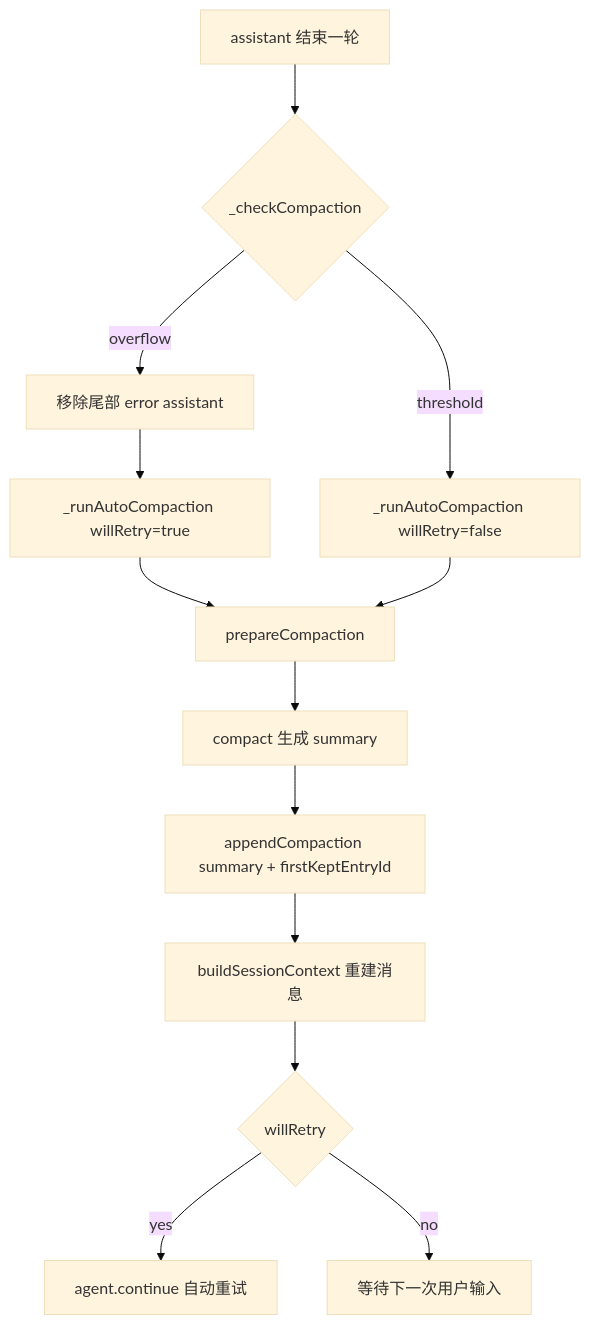
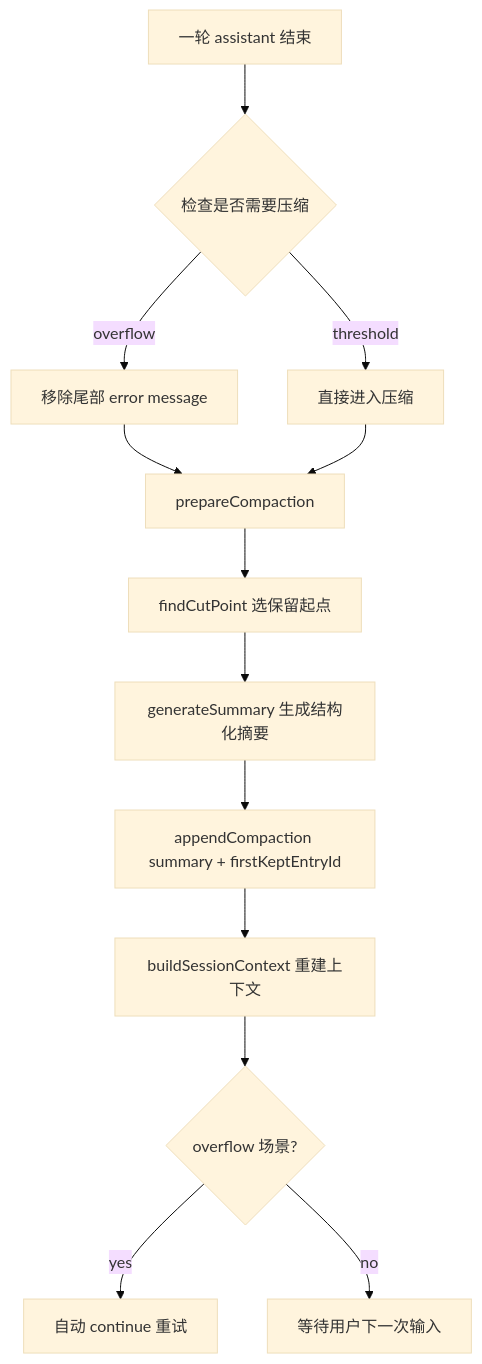
One commit to parkgogogo/blogs-md changed the diagram in docs/clawbot/pi-mono 上下文压缩源码级拆解.md. Above: the diagram before and after it, drawn with Mermaid (base theme). The commit also changed other lines of this file, not shown here.

Commit message:
docs: rewrite pi compaction deep dive for readability and teaching flow

````diff
--- a/docs/clawbot/pi-mono 上下文压缩源码级拆解.md
+++ b/docs/clawbot/pi-mono 上下文压缩源码级拆解.md
@@ -34,15 +27,15 @@
 ```mermaid
 flowchart TD
-  A[assistant 结束一轮] --> B{_checkCompaction}
-  B -->|overflow| C[移除尾部 error assistant]
-  C --> D[_runAutoCompaction willRetry=true]
-  B -->|threshold| E[_runAutoCompaction willRetry=false]
-  D --> F[prepareCompaction]
-  E --> F
-  F --> G[compact 生成 summary]
+  A[一轮 assistant 结束] --> B{检查是否需要压缩}
+  B -->|overflow| C[移除尾部 error message]
+  B -->|threshold| D[直接进入压缩]
+  C --> E[prepareCompaction]
+  D --> E
+  E --> F[findCutPoint 选保留起点]
+  F --> G[generateSummary 生成结构化摘要]
   G --> H[appendCompaction summary + firstKeptEntryId]
-  H --> I[buildSessionContext 重建消息]
-  I --> J{willRetry}
-  J -->|yes| K[agent.continue 自动重试]
-  J -->|no| L[等待下一次用户输入]
+  H --> I[buildSessionContext 重建上下文]
+  I --> J{overflow 场景?}
+  J -->|yes| K[自动 continue 重试]
+  J -->|no| L[等待用户下一次输入]
 ```
````
